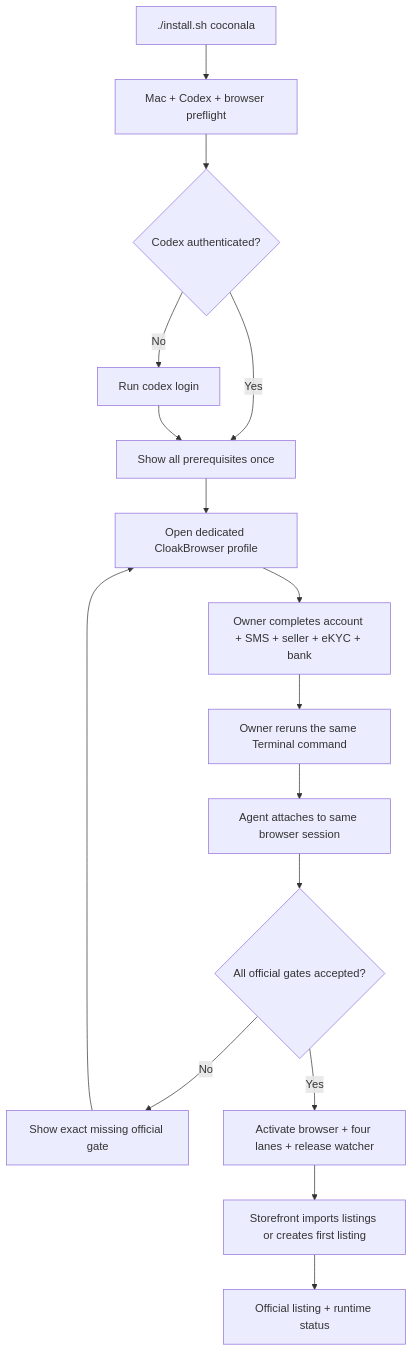
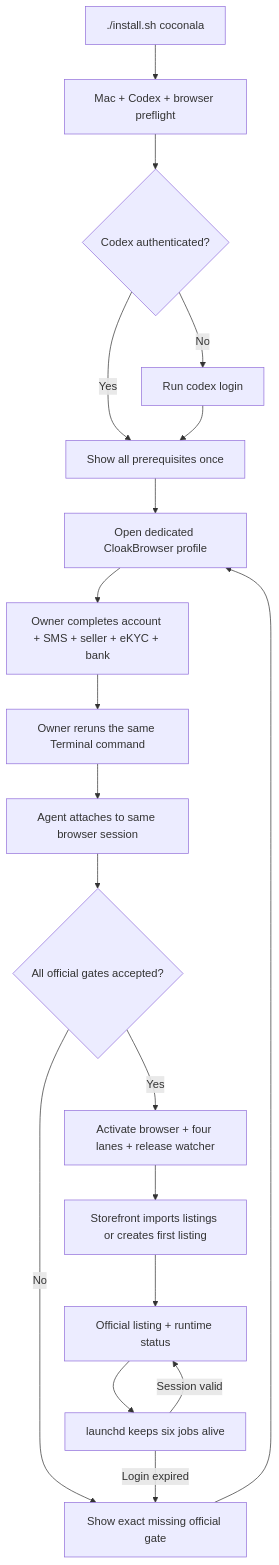
The diagram in docs/superpowers/specs/2026-08-24-coconala-one-session-onboarding-design.md (Daisuke134/anicca), drawn with Mermaid before and after one commit. The commit also changed other lines of this file and 2 other files, not shown here.

````diff
--- a/docs/superpowers/specs/2026-08-24-coconala-one-session-onboarding-design.md
+++ b/docs/superpowers/specs/2026-08-24-coconala-one-session-onboarding-design.md
@@ -77,18 +85,21 @@
 ```mermaid
 flowchart TD
     CMD["./install.sh coconala"] --> PREFLIGHT["Mac + Codex + browser preflight"]
     PREFLIGHT --> CODEX{"Codex authenticated?"}
     CODEX -->|No| LOGIN["Run codex login"]
     CODEX -->|Yes| GUIDE["Show all prerequisites once"]
     LOGIN --> GUIDE
     GUIDE --> OFFICIAL["Open dedicated CloakBrowser profile"]
     OFFICIAL --> HUMAN["Owner completes account + SMS + seller + eKYC + bank"]
     HUMAN --> DONE["Owner reruns the same Terminal command"]
     DONE --> VERIFY["Agent attaches to same browser session"]
     VERIFY --> APPROVED{"All official gates accepted?"}
     APPROVED -->|No| CORRECT["Show exact missing official gate"]
     CORRECT --> OFFICIAL
     APPROVED -->|Yes| ACTIVATE["Activate browser + four lanes + release watcher"]
     ACTIVATE --> STOREFRONT["Storefront imports listings or creates first listing"]
     STOREFRONT --> RECEIPT["Official listing + runtime status"]
+    RECEIPT --> KEEPALIVE["launchd keeps six jobs alive"]
+    KEEPALIVE -->|Session valid| RECEIPT
+    KEEPALIVE -->|Login expired| CORRECT
 ```
````
